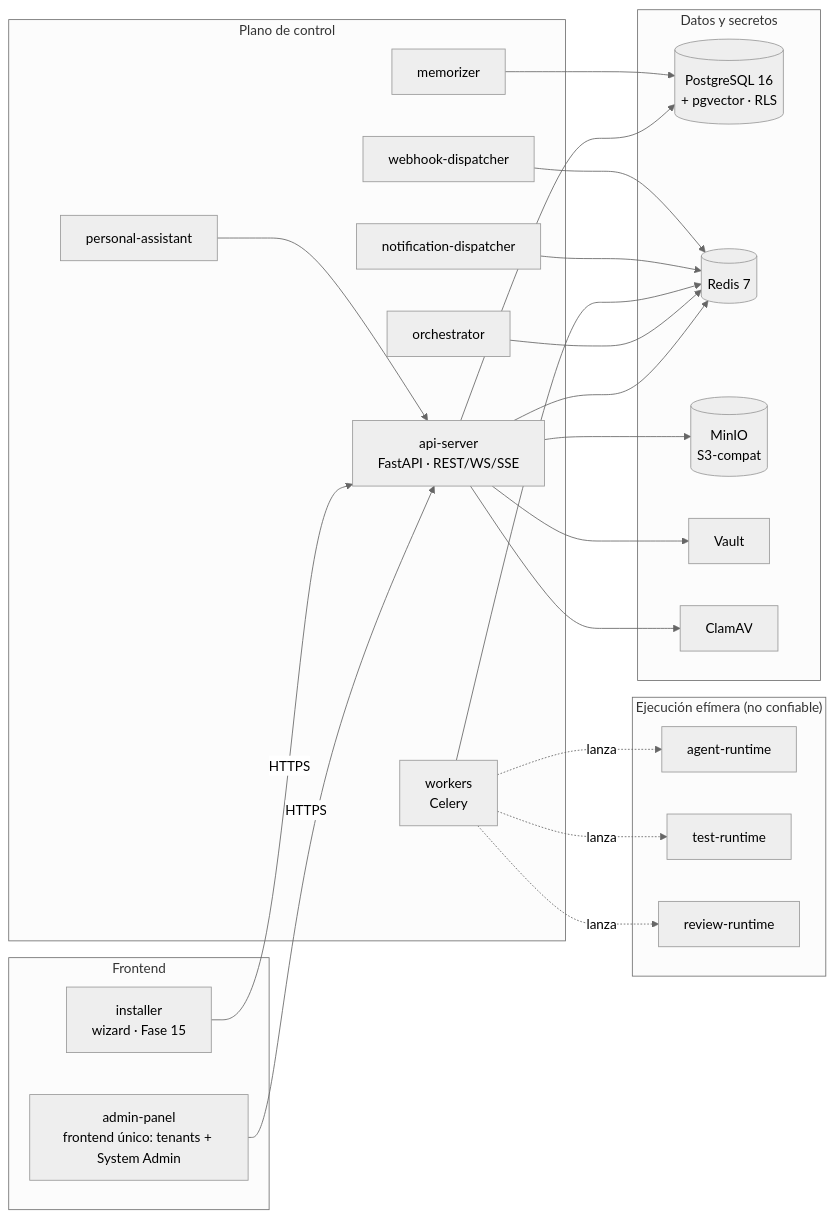
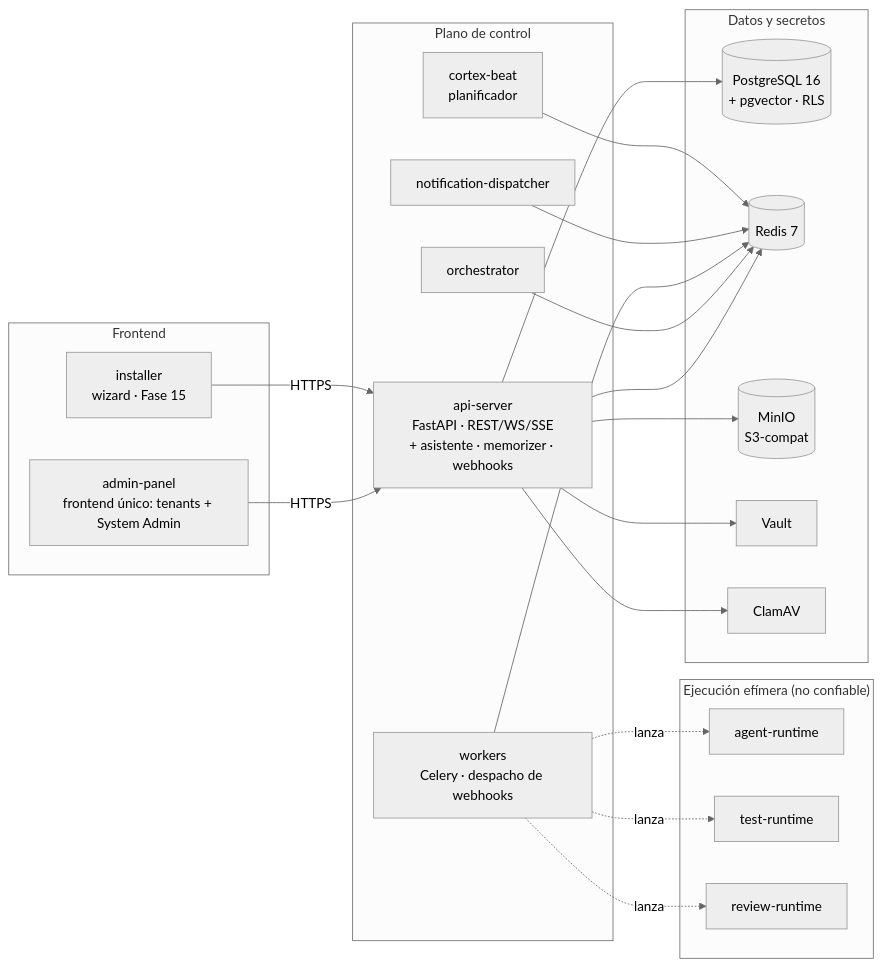
The diagram in docs/01-overview/02-architecture.md (daycry/agent-ai-multitenant), drawn with Mermaid (neutral theme) before and after one commit. The commit also changed other lines of this file and 24 other files, not shown here.

````diff
--- a/docs/01-overview/02-architecture.md
+++ b/docs/01-overview/02-architecture.md
@@ -18,40 +18,37 @@
 ```mermaid
 flowchart LR
     subgraph Frontend
         AP[admin-panel<br/>frontend único: tenants + System Admin]
         INS[installer<br/>wizard · Fase 15]
     end
 
     subgraph Control["Plano de control"]
-        API[api-server<br/>FastAPI · REST/WS/SSE]
+        API[api-server<br/>FastAPI · REST/WS/SSE<br/>+ asistente · memorizer · webhooks]
         ORQ[orchestrator]
-        WRK[workers<br/>Celery]
-        MEM[memorizer]
-        PA[personal-assistant]
+        WRK[workers<br/>Celery · despacho de webhooks]
         ND[notification-dispatcher]
-        WD[webhook-dispatcher]
+        BEAT[cortex-beat<br/>planificador]
     end
 
     subgraph Datos["Datos y secretos"]
         PG[(PostgreSQL 16<br/>+ pgvector · RLS)]
         RED[(Redis 7)]
         MIN[(MinIO<br/>S3-compat)]
         VLT[Vault]
         CAV[ClamAV]
     end
 
     subgraph Runtimes["Ejecución efímera (no confiable)"]
         RT1[agent-runtime]
         RT2[test-runtime]
         RT3[review-runtime]
     end
 
     AP & INS -- HTTPS --> API
     API --> PG & RED & VLT & MIN & CAV
     ORQ --> RED
     WRK --> RED
     WRK -.lanza.-> RT1 & RT2 & RT3
-    MEM --> PG
-    PA --> API
-    ND & WD --> RED
+    ND --> RED
+    BEAT --> RED
 ```
````
